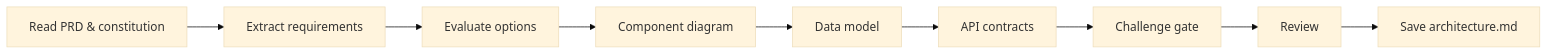
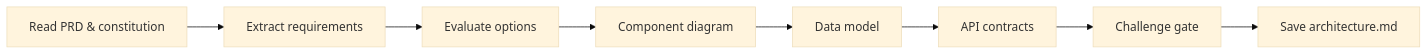
One commit to ai-driven-dev/framework changed the diagram in skills/architecture-decision/SKILL.md. Above: the diagram before and after it, drawn with Mermaid (base theme). The commit also changed other lines of this file and 32 other files, not shown here.

First line of the commit message:
refactor: simplify agents, enforce template adherence, align flows with courses

````diff
--- a/skills/architecture-decision/SKILL.md
+++ b/skills/architecture-decision/SKILL.md
@@ -35,4 +35,4 @@
 ```mermaid
 flowchart LR
-    A[Read PRD & constitution] --> B[Extract requirements] --> C[Evaluate options] --> D[Component diagram] --> E[Data model] --> F[API contracts] --> G[Challenge gate] --> H[Review] --> I[Save architecture.md]
+    A[Read PRD & constitution] --> B[Extract requirements] --> C[Evaluate options] --> D[Component diagram] --> E[Data model] --> F[API contracts] --> G[Challenge gate] --> H[Save architecture.md]
 ```
````
